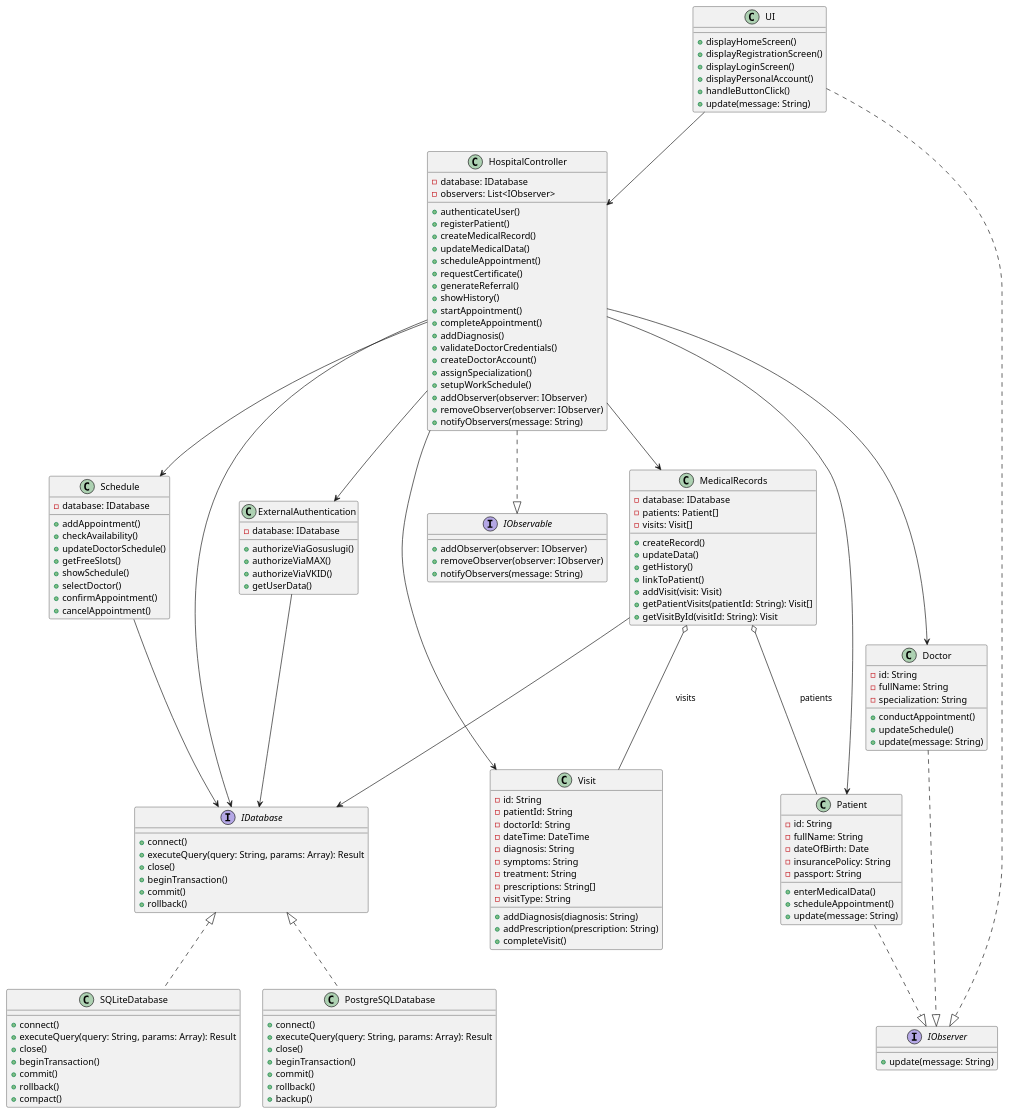
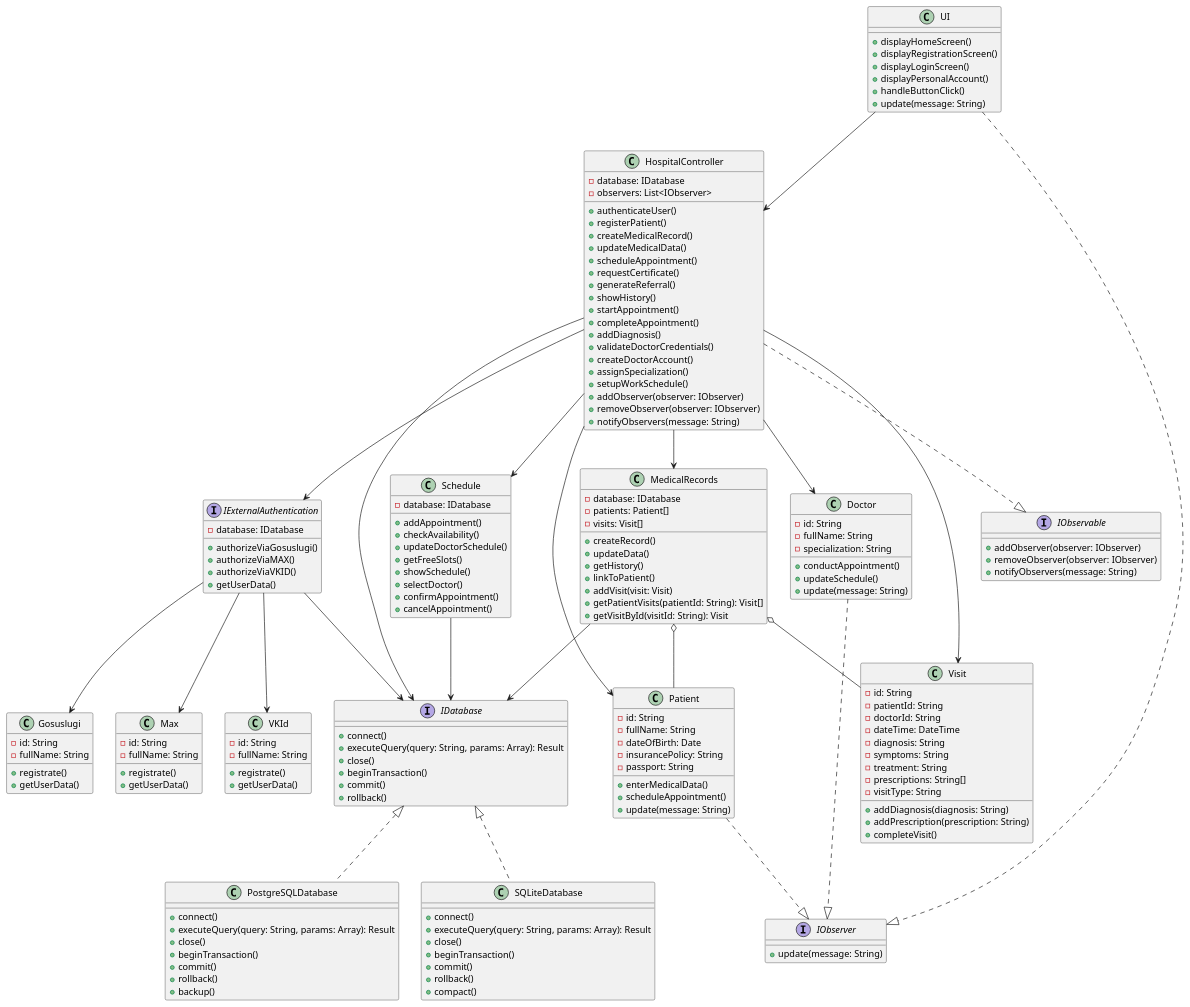
One commit to penamarth/bsbo-02-23_team5_var3_clinic changed the diagram in ClassDiagram.md. Above: the diagram before and after it, drawn with PlantUML.

```diff
--- a/ClassDiagram.md
+++ b/ClassDiagram.md
@@ -32,11 +32,30 @@
     +notifyObservers(message: String)
 }
 
-class ExternalAuthentication {
+interface IExternalAuthentication {
     -database: IDatabase
     +authorizeViaGosuslugi()
     +authorizeViaMAX()
     +authorizeViaVKID()
+    +getUserData()
+    
+}
+class Gosuslugi {
+    -id: String
+    -fullName: String
+    +registrate()
+    +getUserData()
+}
+class Max {
+    -id: String
+    -fullName: String
+    +registrate()
+    +getUserData()
+}
+class VKId {
+    -id: String
+    -fullName: String
+    +registrate()
     +getUserData()
 }
 
@@ -141,24 +160,28 @@
 
 UI --> HospitalController
 
-HospitalController --> ExternalAuthentication
+HospitalController --> IExternalAuthentication
 HospitalController --> MedicalRecords
 HospitalController --> Schedule
 HospitalController --> Patient
 HospitalController --> Doctor
 HospitalController --> Visit
 
-MedicalRecords o-- Patient : patients
-MedicalRecords o-- Visit : visits
+MedicalRecords o-- Patient 
+MedicalRecords o-- Visit 
 
 HospitalController ..|> IObservable
 UI ..|> IObserver
 Patient ..|> IObserver
 Doctor ..|> IObserver
 
+IExternalAuthentication --> Gosuslugi
+IExternalAuthentication --> Max
+IExternalAuthentication --> VKId
+
 Schedule --> IDatabase
 HospitalController --> IDatabase
-ExternalAuthentication --> IDatabase
+IExternalAuthentication --> IDatabase
 MedicalRecords --> IDatabase
 
 @enduml
```
